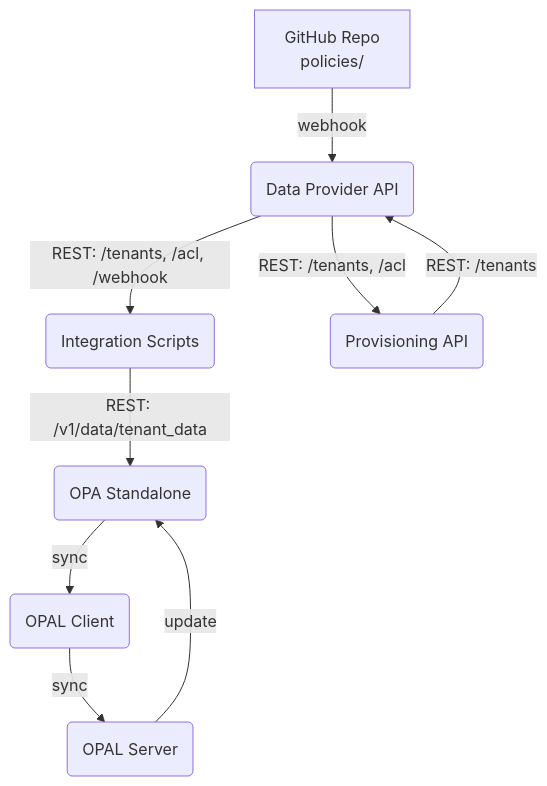
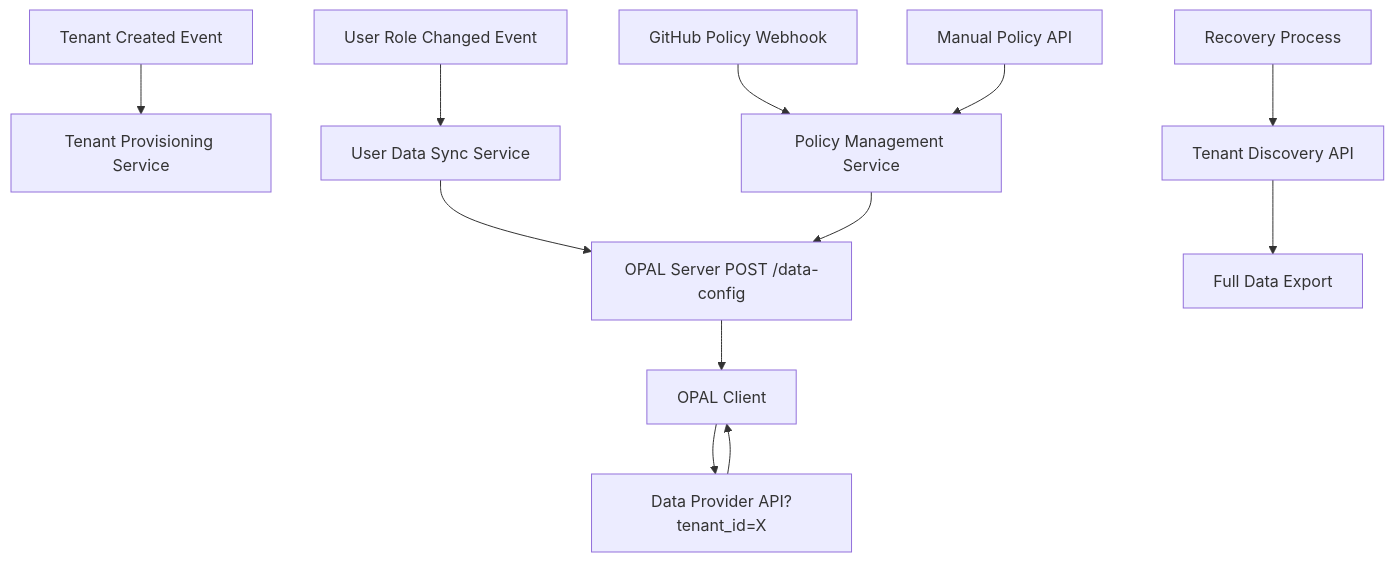
One commit to plduser/opa-zero-poll changed the diagram in README.md. Above: the diagram before and after it, drawn with Mermaid. The commit also changed other lines of this file and 1 other file, not shown here.

Commit message:
feat: Update architecture to target design and add Policy Management Service - replace POC diagram with event-driven target architecture

````diff
--- a/README.md
+++ b/README.md
@@ -59,11 +59,14 @@
 ```mermaid
 graph TD
-    A[GitHub Repo<br/>policies/] -- webhook --> B(Data Provider API)
-    B -- REST: /tenants, /acl, /webhook --> C(Integration Scripts)
-    C -- REST: /v1/data/tenant_data --> D(OPA Standalone)
-    B -- REST: /tenants, /acl --> E(Provisioning API)
-    E -- REST: /tenants --> B
-    D -- sync --> F(OPAL Client)
-    F -- sync --> G(OPAL Server)
-    G -- update --> D
+    A[Tenant Created Event] --> B[Tenant Provisioning Service]
+    C[User Role Changed Event] --> D[User Data Sync Service]
+    D --> E[OPAL Server POST /data-config]
+    E --> F[OPAL Client]
+    F --> G[Data Provider API?tenant_id=X]
+    G --> F
+    H[GitHub Policy Webhook] --> I[Policy Management Service]
+    I --> E
+    J[Recovery Process] --> K[Tenant Discovery API]
+    K --> L[Full Data Export]
+    M[Manual Policy API] --> I
 ```
````
